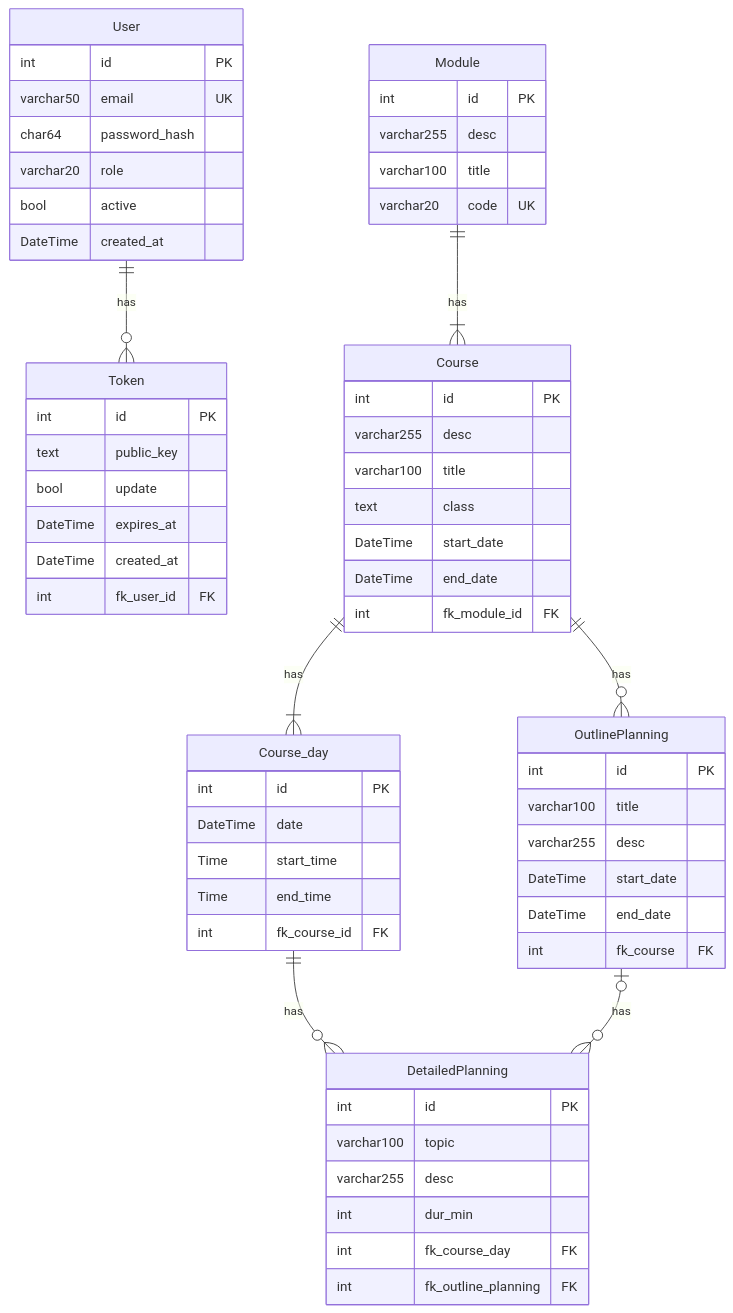
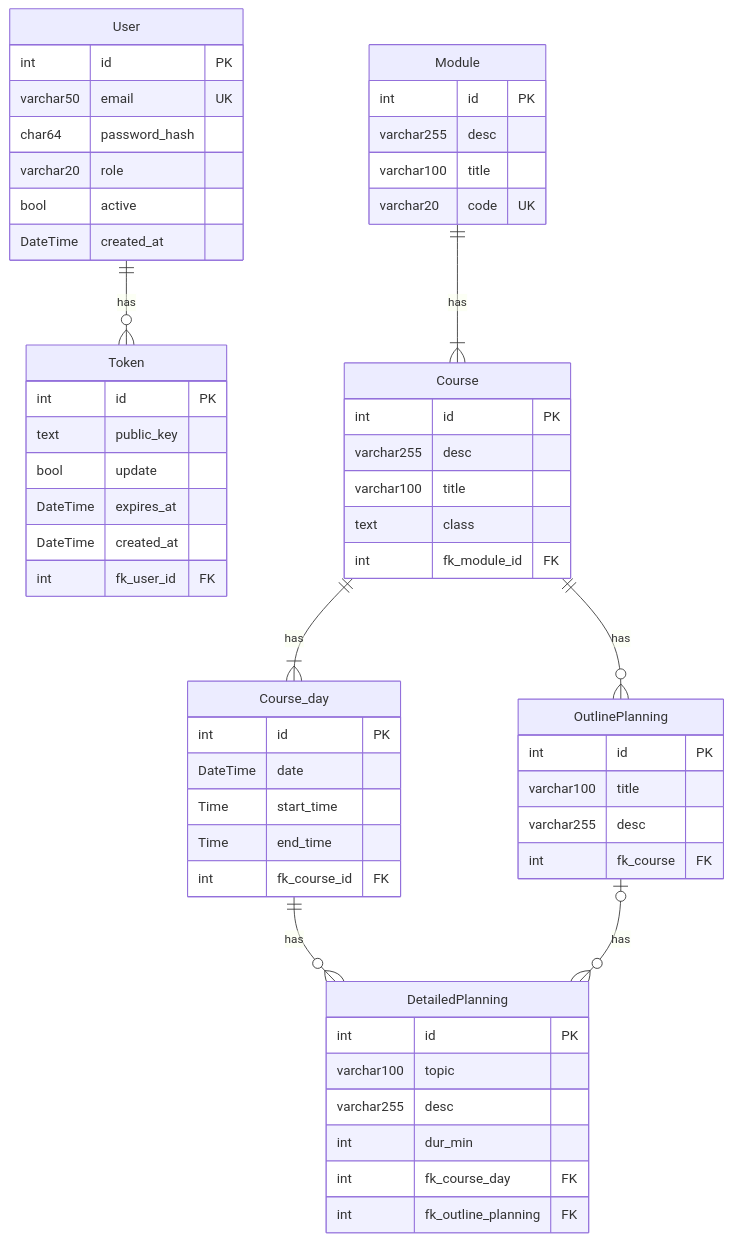
Before and after one commit to IPT8-1-Group/IPT8.1-Cadence: the diagram in Documentation/Database/ERModel.mmd, drawn with Mermaid.

Commit message:
docs(ermodel): delete start/end dates

```diff
--- a/Documentation/Database/ERModel.mmd
+++ b/Documentation/Database/ERModel.mmd
@@ -1,73 +1,69 @@
 %% ||--||   one to one
 %% ||--o{   one to zero-or-many
 %% ||--|{   one to one-or-many
 %% o|--o{   zero-or-one to zero-or-many
 
 erDiagram
     User ||--o{ Token : has
     Module ||--|{ Course : has
     Course ||--|{ Course_day : has
     Course ||--o{ OutlinePlanning : has
     Course_day ||--o{ DetailedPlanning : has
     OutlinePlanning |o--o{ DetailedPlanning : has
 
     User {
         int id PK
         varchar50 email UK
         char64 password_hash
         varchar20 role
         bool active
         DateTime created_at
     }
 
     Token {
         int id PK
         text public_key
         bool update
         DateTime expires_at
         DateTime created_at
         int fk_user_id FK
     }
 
     Module {
         int id PK
         varchar255 desc
         varchar100 title
         varchar20 code UK
     }
 
     Course {
         int id PK
         varchar255 desc
         varchar100 title
         text class
-        DateTime start_date
-        DateTime end_date
         int fk_module_id FK
     }
 
     Course_day {
         int id PK
         DateTime date
         Time start_time
         Time end_time
         int fk_course_id FK
     }
 
     OutlinePlanning {
         int id PK
         varchar100 title
         varchar255 desc
-        DateTime start_date
-        DateTime end_date
         int fk_course FK
     }
 
     DetailedPlanning {
         int id PK
         varchar100 topic
         varchar255 desc
         int dur_min
         int fk_course_day FK
         int fk_outline_planning FK
     }
```
